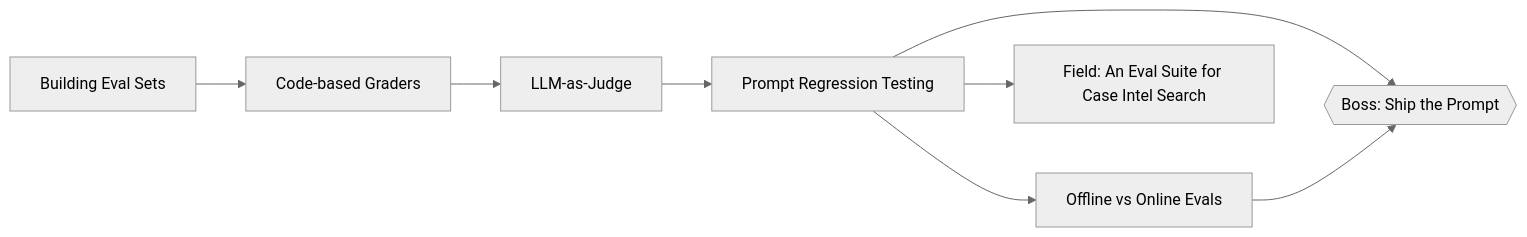
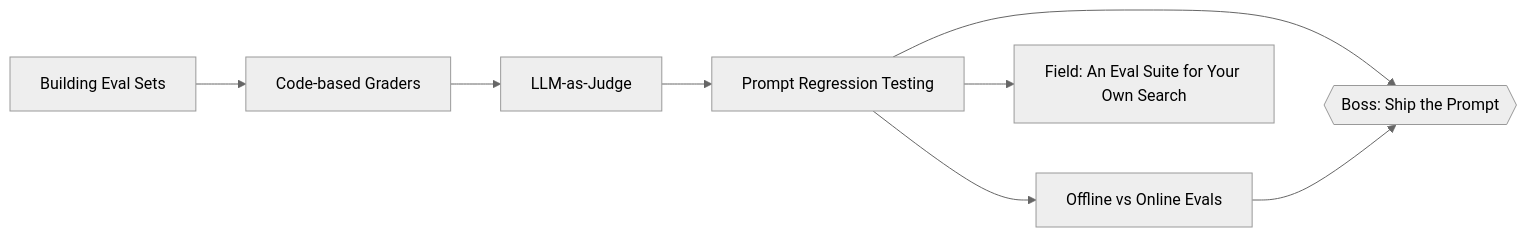
One commit to Bugs0007/NINES changed diagram 18 of 32 in CONTENT_PLAN.md. Above: the diagram before and after it, drawn with Mermaid (neutral theme). The commit also changed other lines of this file and 50 other files, not shown here.

````diff
--- a/CONTENT_PLAN.md
+++ b/CONTENT_PLAN.md
@@ -754,17 +754,17 @@
 ```mermaid
 flowchart LR
   eval_test_sets["Building Eval Sets"]
   code_graders["Code-based Graders"]
   llm_as_judge["LLM-as-Judge"]
   prompt_regression["Prompt Regression Testing"]
   offline_online_evals["Offline vs Online Evals"]
   boss_ship_the_prompt{{"Boss: Ship the Prompt"}}
-  field_case_intel_evals["Field: An Eval Suite for Case Intel Search"]
+  field_search_evals["Field: An Eval Suite for Your Own Search"]
   eval_test_sets --> code_graders
   code_graders --> llm_as_judge
   llm_as_judge --> prompt_regression
   prompt_regression --> offline_online_evals
   prompt_regression --> boss_ship_the_prompt
   offline_online_evals --> boss_ship_the_prompt
-  prompt_regression --> field_case_intel_evals
+  prompt_regression --> field_search_evals
 ```
````
